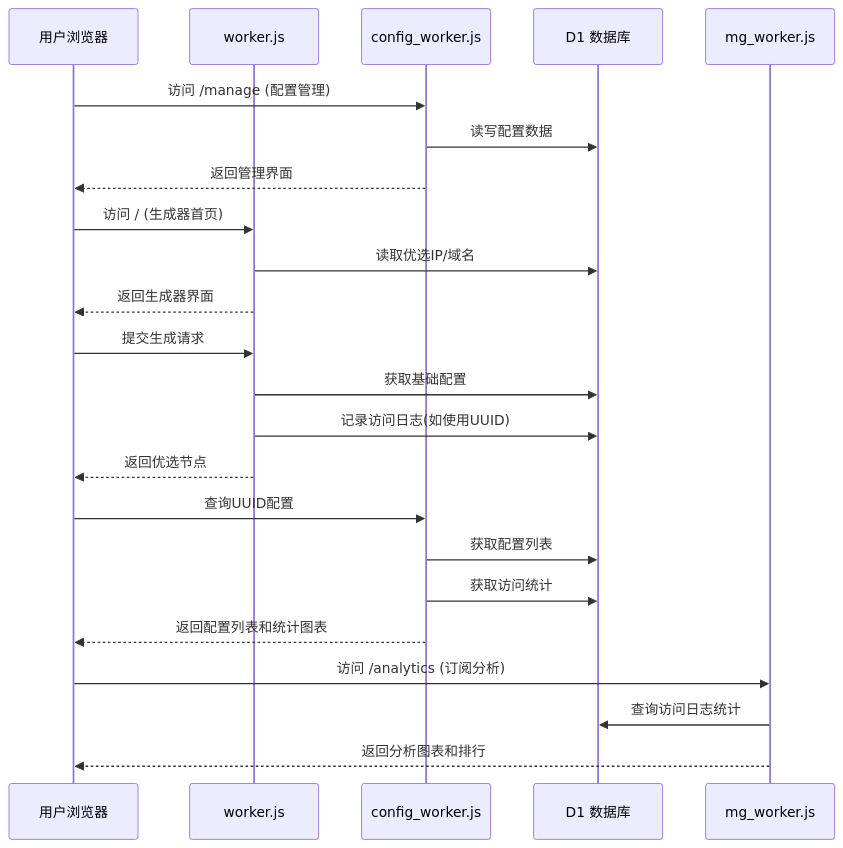
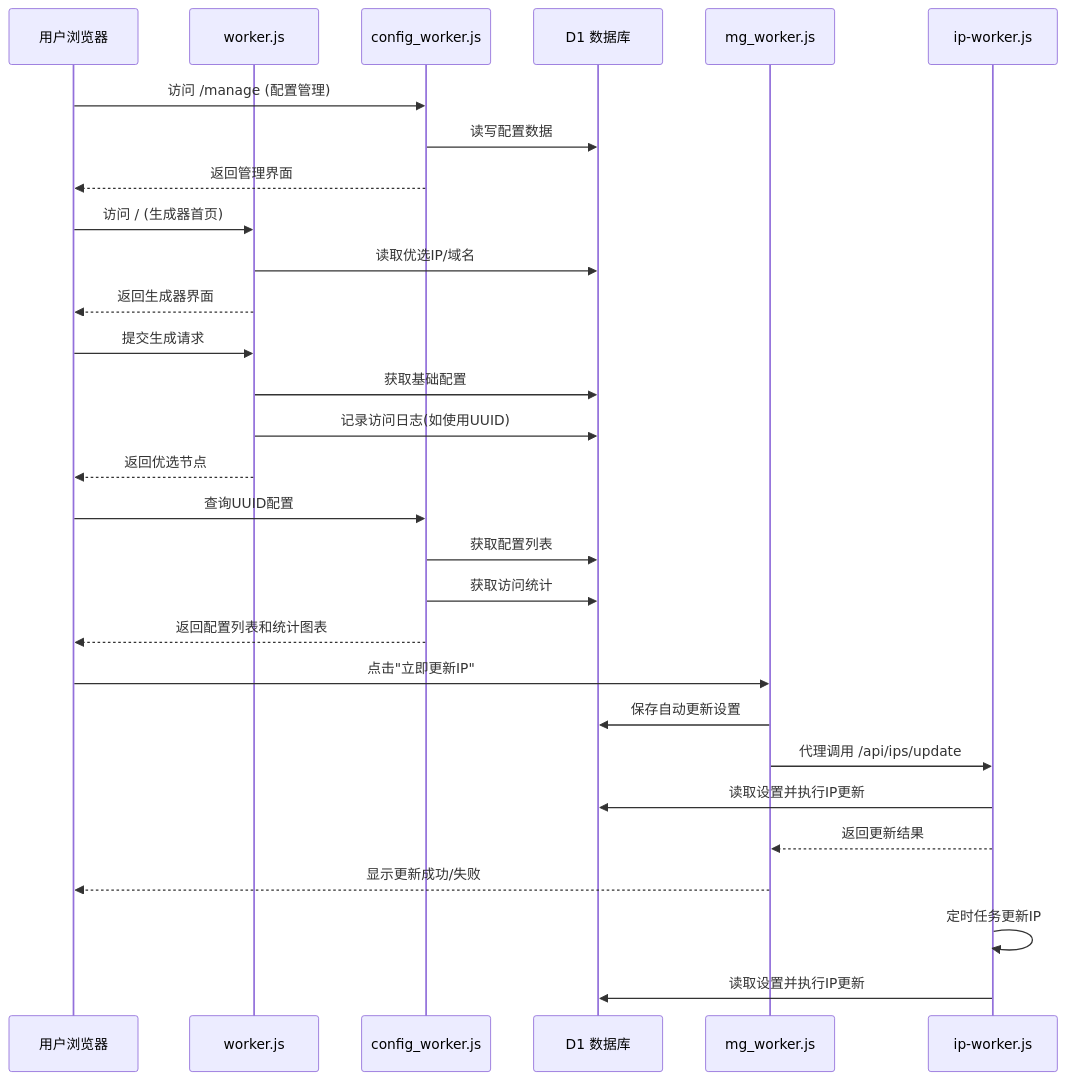
Before and after one commit to yangzifun/cfst: the diagram in readme.md, drawn with Mermaid. The commit also changed other lines of this file and 2 other files, not shown here.

````diff
--- a/readme.md
+++ b/readme.md
@@ -308,30 +301,37 @@
 ```mermaid
 sequenceDiagram
     participant User as 用户浏览器
     participant Main as worker.js
     participant Config as config_worker.js
     participant DB as D1 数据库
     participant Mg as mg_worker.js
+    participant IP as ip-worker.js
 
     User->>Config: 访问 /manage (配置管理)
     Config->>DB: 读写配置数据
     Config-->>User: 返回管理界面
 
     User->>Main: 访问 / (生成器首页)
     Main->>DB: 读取优选IP/域名
     Main-->>User: 返回生成器界面
 
     User->>Main: 提交生成请求
     Main->>DB: 获取基础配置
     Main->>DB: 记录访问日志(如使用UUID)
     Main-->>User: 返回优选节点
 
     User->>Config: 查询UUID配置
     Config->>DB: 获取配置列表
     Config->>DB: 获取访问统计
     Config-->>User: 返回配置列表和统计图表
 
-    User->>Mg: 访问 /analytics (订阅分析)
-    Mg->>DB: 查询访问日志统计
-    Mg-->>User: 返回分析图表和排行
+    User->>Mg: 点击"立即更新IP"
+    Mg->>DB: 保存自动更新设置
+    Mg->>IP: 代理调用 /api/ips/update
+    IP->>DB: 读取设置并执行IP更新
+    IP-->>Mg: 返回更新结果
+    Mg-->>User: 显示更新成功/失败
+
+    IP->>IP: 定时任务更新IP
+    IP->>DB: 读取设置并执行IP更新
 ```
````
